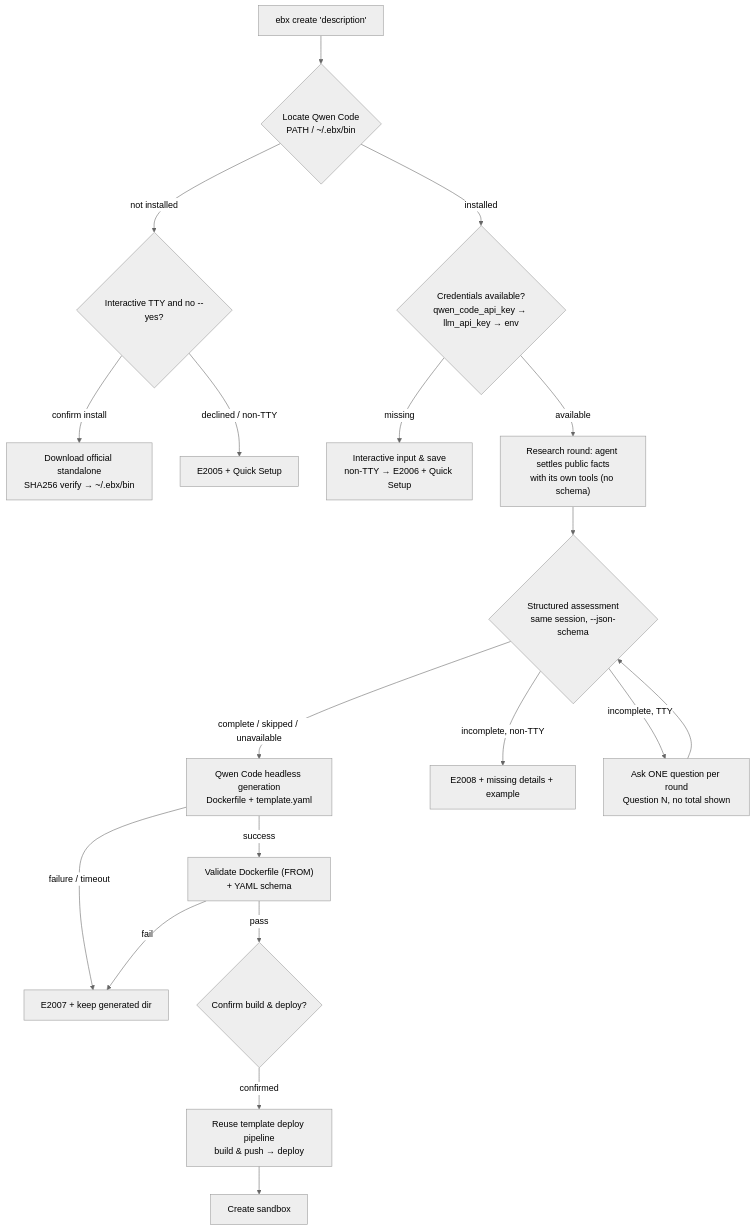
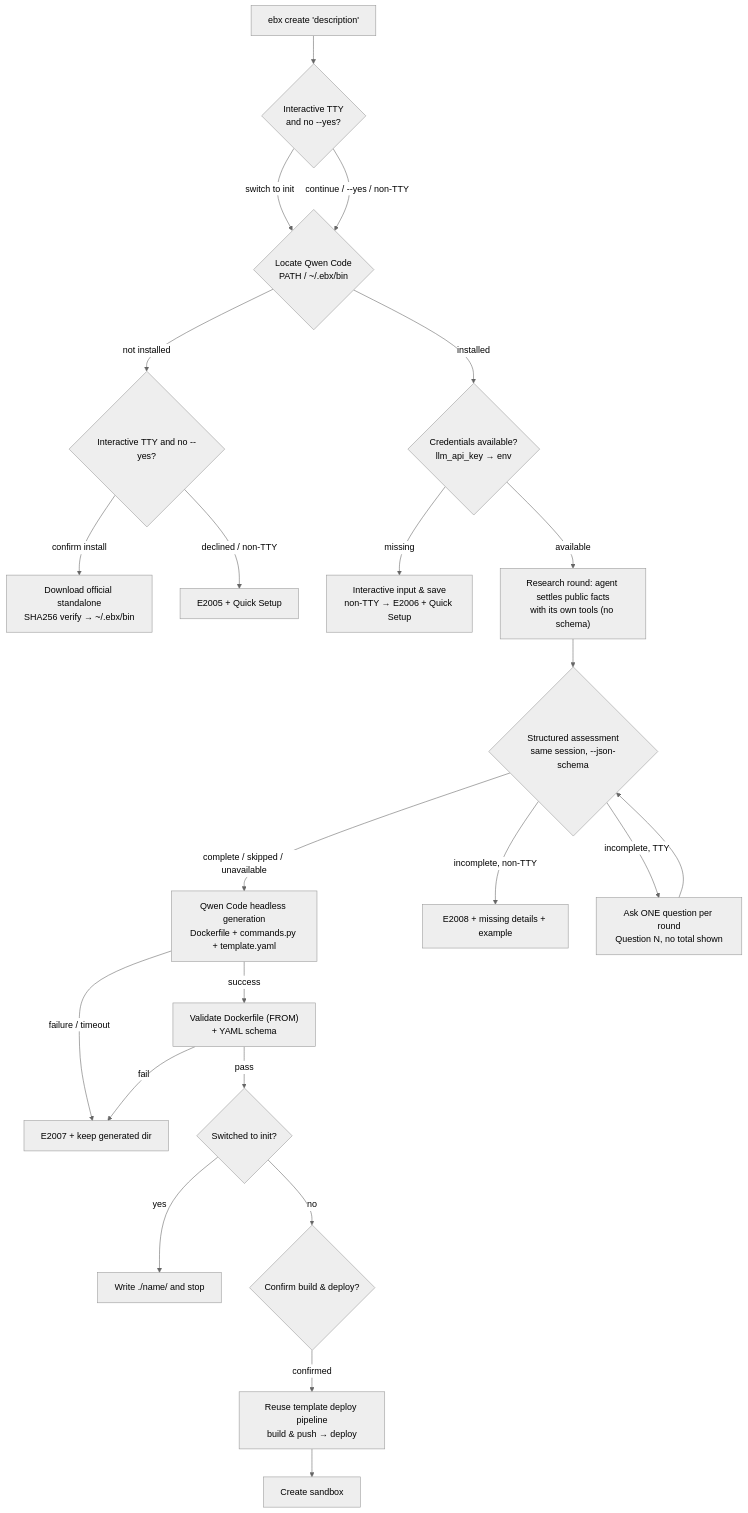
The second of 2 diagrams in docs/en/design/cli-design.md (Easy-Sandbox/easy-sandbox), drawn with Mermaid (neutral theme) before and after one commit. The commit also changed other lines of this file and 176 other files, not shown here.

````diff
--- a/docs/en/design/cli-design.md
+++ b/docs/en/design/cli-design.md
@@ -158,21 +158,25 @@
 ```mermaid
 graph TD
-    Input["ebx create 'description'"] --> Find{"Locate Qwen Code<br/>PATH / ~/.ebx/bin"}
+    Input["ebx create 'description'"] --> Scope{"Interactive TTY<br/>and no --yes?"}
+    Scope -- "switch to init" --> Find
+    Scope -- "continue / --yes / non-TTY" --> Find{"Locate Qwen Code<br/>PATH / ~/.ebx/bin"}
     Find -- not installed --> Install{"Interactive TTY and no --yes?"}
     Install -- confirm install --> Download["Download official standalone<br/>SHA256 verify → ~/.ebx/bin"]
     Install -- declined / non-TTY --> E2005["E2005 + Quick Setup"]
-    Find -- installed --> Creds{"Credentials available?<br/>qwen_code_api_key → llm_api_key → env"}
+    Find -- installed --> Creds{"Credentials available?<br/>llm_api_key → env"}
     Creds -- missing --> Prompt["Interactive input & save<br/>non-TTY → E2006 + Quick Setup"]
     Creds -- available --> Research["Research round: agent settles public facts<br/>with its own tools (no schema)"]
     Research --> Assess{"Structured assessment<br/>same session, --json-schema"}
-    Assess -- "complete / skipped / unavailable" --> Generate["Qwen Code headless generation<br/>Dockerfile + template.yaml"]
+    Assess -- "complete / skipped / unavailable" --> Generate["Qwen Code headless generation<br/>Dockerfile + commands.py + template.yaml"]
     Assess -- "incomplete, non-TTY" --> E2008["E2008 + missing details + example"]
     Assess -- "incomplete, TTY" --> Ask["Ask ONE question per round<br/>Question N, no total shown"]
     Ask --> Assess
     Generate -- success --> Verify["Validate Dockerfile (FROM)<br/>+ YAML schema"]
     Generate -- failure / timeout --> E2007["E2007 + keep generated dir"]
-    Verify -- pass --> Confirm{"Confirm build & deploy?"}
+    Verify -- pass --> Gate{"Switched to init?"}
+    Gate -- yes --> Local["Write ./name/ and stop"]
+    Gate -- no --> Confirm{"Confirm build & deploy?"}
     Confirm -- confirmed --> Deploy["Reuse template deploy pipeline<br/>build & push → deploy"]
     Deploy --> Create["Create sandbox"]
     Verify -- fail --> E2007
 ```
````
